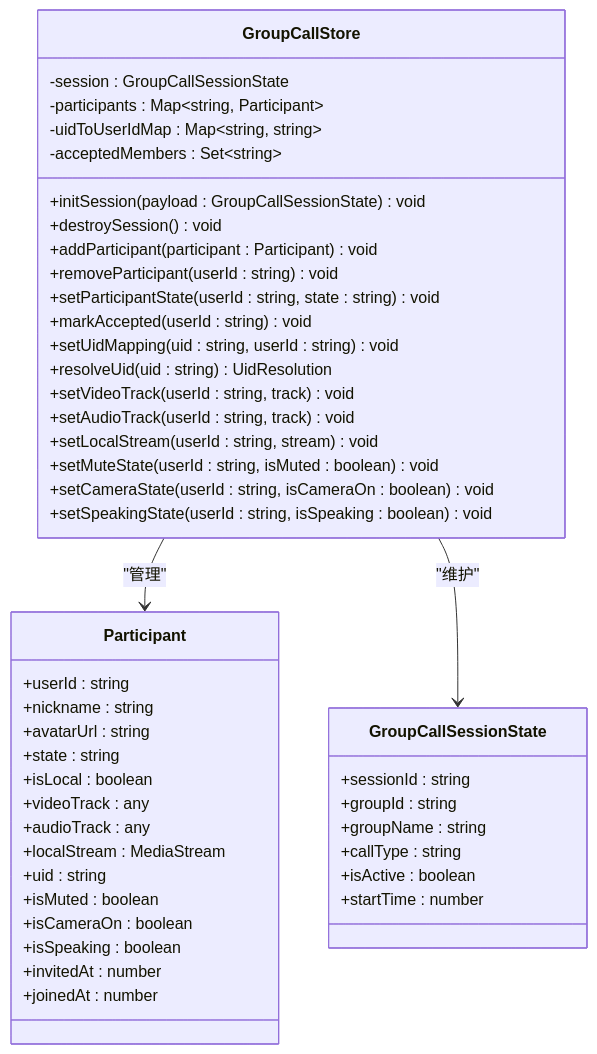
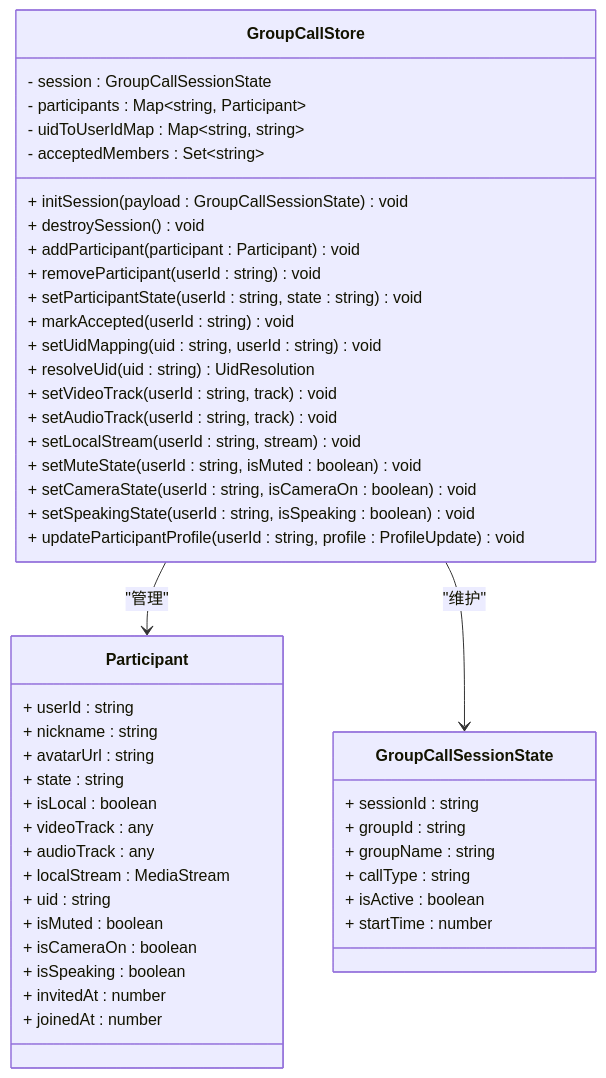
One commit to Easemob-Community/easemob-uikit-callkit-vue3 changed the sixth of 14 diagrams in .qoder/repowiki/zh/content/高级功能/群组通话信号处理器.md. Above: the diagram before and after it, drawn with Mermaid. The commit also changed other lines of this file and 15 other files, not shown here.

````diff
--- a/.qoder/repowiki/zh/content/高级功能/群组通话信号处理器.md
+++ b/.qoder/repowiki/zh/content/高级功能/群组通话信号处理器.md
@@ -252,49 +288,50 @@
 ```mermaid
 classDiagram
 class GroupCallStore {
--session : GroupCallSessionState
--participants : Map~string, Participant~
--uidToUserIdMap : Map~string, string~
--acceptedMembers : Set~string~
-+initSession(payload : GroupCallSessionState) void
-+destroySession() void
-+addParticipant(participant : Participant) void
-+removeParticipant(userId : string) void
-+setParticipantState(userId : string, state : string) void
-+markAccepted(userId : string) void
-+setUidMapping(uid : string, userId : string) void
-+resolveUid(uid : string) UidResolution
-+setVideoTrack(userId : string, track) void
-+setAudioTrack(userId : string, track) void
-+setLocalStream(userId : string, stream) void
-+setMuteState(userId : string, isMuted : boolean) void
-+setCameraState(userId : string, isCameraOn : boolean) void
-+setSpeakingState(userId : string, isSpeaking : boolean) void
+- session : GroupCallSessionState
+- participants : Map~string, Participant~
+- uidToUserIdMap : Map~string, string~
+- acceptedMembers : Set~string~
++ initSession(payload : GroupCallSessionState) void
++ destroySession() void
++ addParticipant(participant : Participant) void
++ removeParticipant(userId : string) void
++ setParticipantState(userId : string, state : string) void
++ markAccepted(userId : string) void
++ setUidMapping(uid : string, userId : string) void
++ resolveUid(uid : string) UidResolution
++ setVideoTrack(userId : string, track) void
++ setAudioTrack(userId : string, track) void
++ setLocalStream(userId : string, stream) void
++ setMuteState(userId : string, isMuted : boolean) void
++ setCameraState(userId : string, isCameraOn : boolean) void
++ setSpeakingState(userId : string, isSpeaking : boolean) void
++ updateParticipantProfile(userId : string, profile : ProfileUpdate) void
 }
 class Participant {
-+userId : string
-+nickname : string
-+avatarUrl : string
-+state : string
-+isLocal : boolean
-+videoTrack : any
-+audioTrack : any
-+localStream : MediaStream
-+uid : string
-+isMuted : boolean
-+isCameraOn : boolean
-+isSpeaking : boolean
-+invitedAt : number
-+joinedAt : number
++ userId : string
++ nickname : string
++ avatarUrl : string
++ state : string
++ isLocal : boolean
++ videoTrack : any
++ audioTrack : any
++ localStream : MediaStream
++ uid : string
++ isMuted : boolean
++ isCameraOn : boolean
++ isSpeaking : boolean
++ invitedAt : number
++ joinedAt : number
 }
 class GroupCallSessionState {
-+sessionId : string
-+groupId : string
-+groupName : string
-+callType : string
-+isActive : boolean
-+startTime : number
++ sessionId : string
++ groupId : string
++ groupName : string
++ callType : string
++ isActive : boolean
++ startTime : number
 }
 GroupCallStore --> Participant : "管理"
 GroupCallStore --> GroupCallSessionState : "维护"
 ```
````
